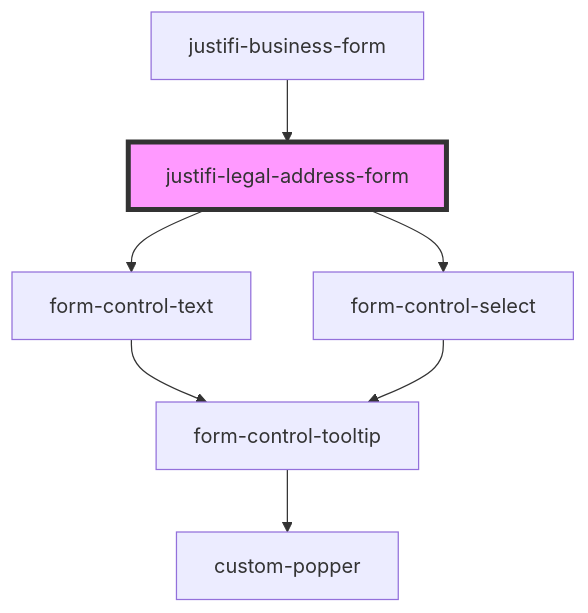
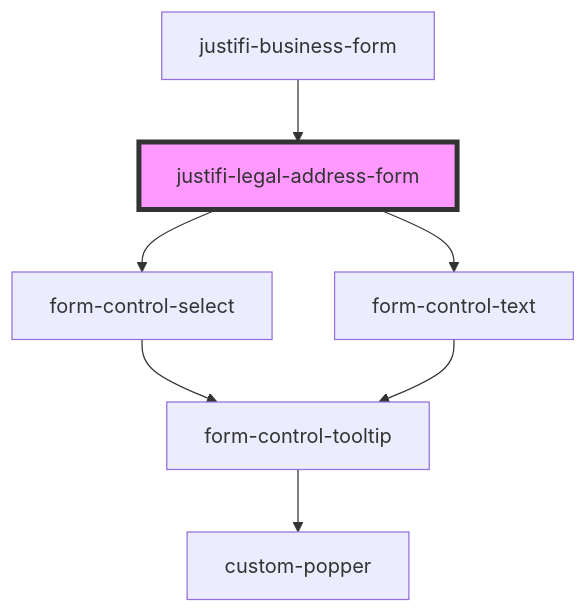
Before and after one commit to justifi-tech/web-component-library: the diagram in packages/webcomponents/src/components/business-forms/business-form/legal-address-form/readme.md, drawn with Mermaid. The commit also changed other lines of this file and 11 other files, not shown here.

Commit message:
Refactor address forms to support multi-country validation and update related schemas. Replace payment provisioning address schema with a new business address schema, enhancing country-specific handling for states and postal codes.

````diff
--- a/packages/webcomponents/src/components/business-forms/business-form/legal-address-form/readme.md
+++ b/packages/webcomponents/src/components/business-forms/business-form/legal-address-form/readme.md
@@ -27,10 +27,10 @@
 ```mermaid
 graph TD;
+  justifi-legal-address-form --> form-control-select
   justifi-legal-address-form --> form-control-text
-  justifi-legal-address-form --> form-control-select
+  form-control-select --> form-control-tooltip
+  form-control-tooltip --> custom-popper
   form-control-text --> form-control-tooltip
-  form-control-tooltip --> custom-popper
-  form-control-select --> form-control-tooltip
   justifi-business-form --> justifi-legal-address-form
   style justifi-legal-address-form fill:#f9f,stroke:#333,stroke-width:4px
 ```
````
